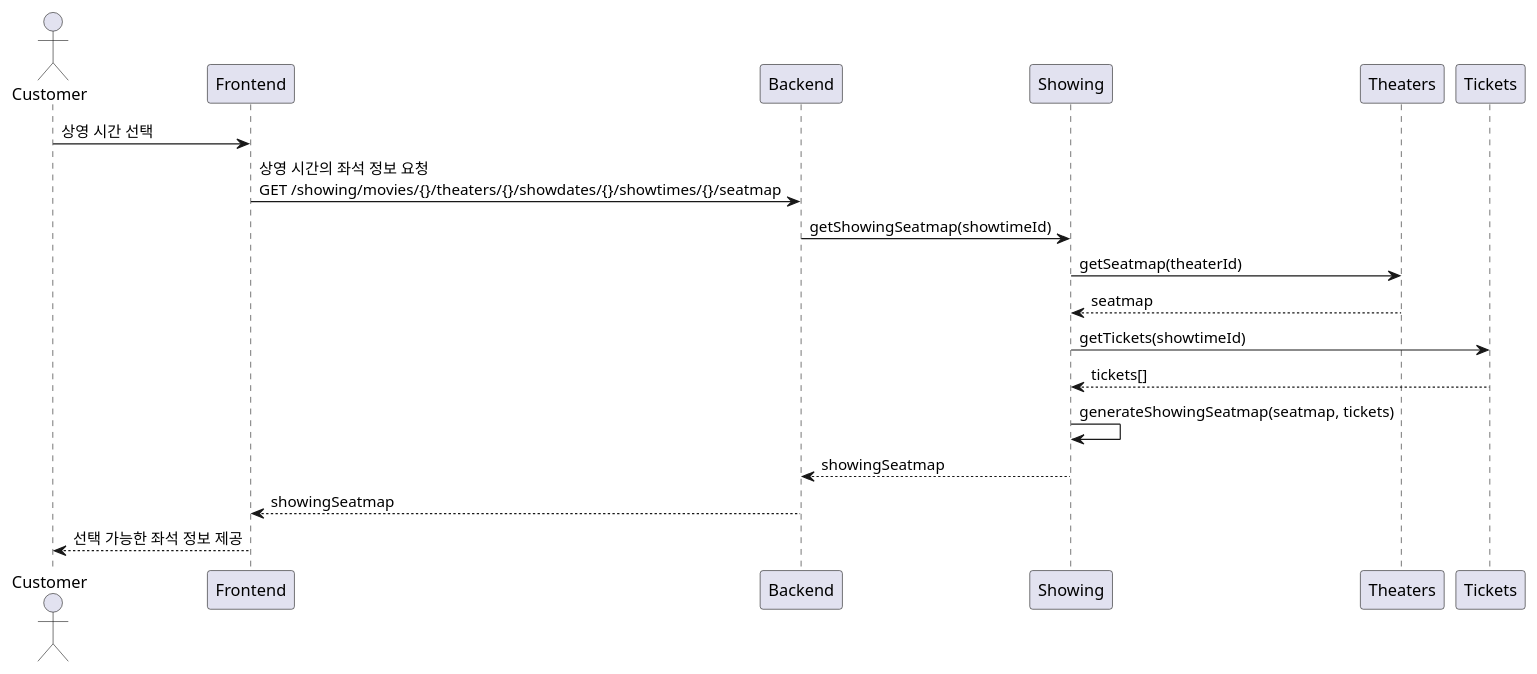
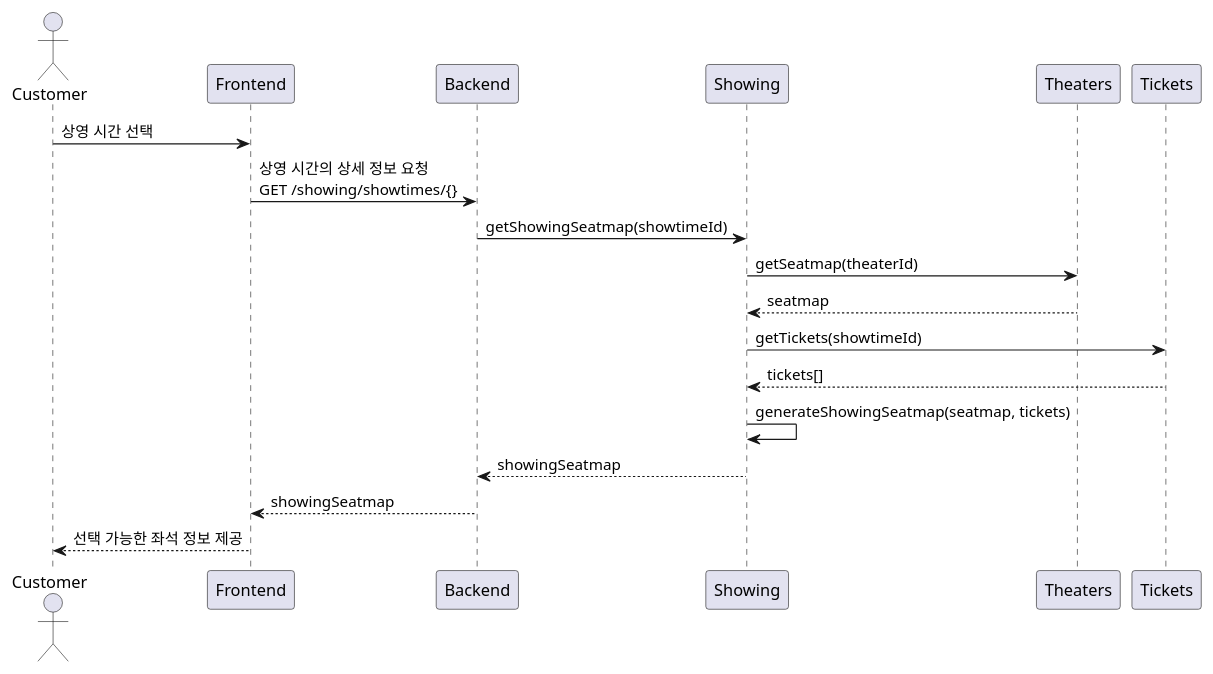
The fifth of 6 diagrams in docs/tickets-purchase.md (hunjuly/nest-seed), drawn with PlantUML before and after one commit. The commit also changed other lines of this file and 18 other files, not shown here.

````diff
--- a/docs/tickets-purchase.md
+++ b/docs/tickets-purchase.md
@@ -157,17 +158,17 @@
 ```plantuml
 @startuml
 actor Customer
 
 Customer -> Frontend : 상영 시간 선택
-    Frontend -> Backend : 상영 시간의 좌석 정보 요청\nGET /showing/movies/{}/theaters/{}/showdates/{}/showtimes/{}/seatmap
+    Frontend -> Backend : 상영 시간의 상세 정보 요청\nGET /showing/showtimes/{}
         Backend -> Showing : getShowingSeatmap(showtimeId)
             Showing -> Theaters : getSeatmap(theaterId)
             Showing <-- Theaters : seatmap
             Showing -> Tickets : getTickets(showtimeId)
             Showing <-- Tickets : tickets[]
             Showing -> Showing : generateShowingSeatmap(seatmap, tickets)
         Backend <-- Showing: showingSeatmap
     Frontend <-- Backend : showingSeatmap
 Customer <-- Frontend : 선택 가능한 좌석 정보 제공
 @enduml
 ```
````
